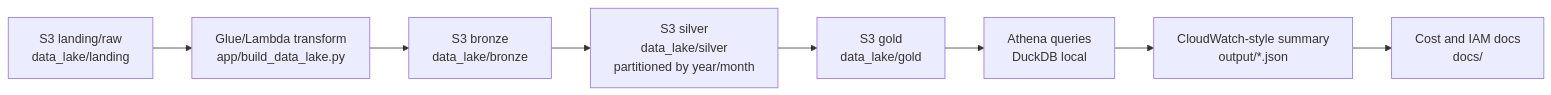
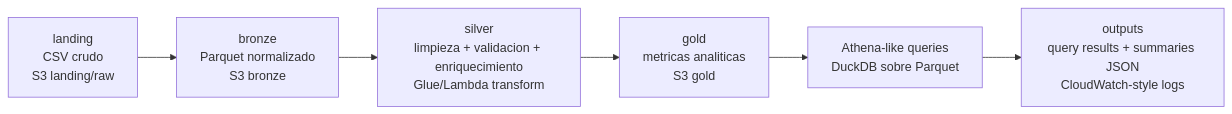
One commit to franciscosalaspla/data-engineering-portfolio changed the diagram in 20-aws-style-banking-data-lake/README.md. Above: the diagram before and after it, drawn with Mermaid. The commit also changed other lines of this file, not shown here.

````diff
--- a/20-aws-style-banking-data-lake/README.md
+++ b/20-aws-style-banking-data-lake/README.md
@@ -50,10 +26,8 @@
 ```mermaid
 flowchart LR
-    A["S3 landing/raw<br/>data_lake/landing"] --> B["Glue/Lambda transform<br/>app/build_data_lake.py"]
-    B --> C["S3 bronze<br/>data_lake/bronze"]
-    C --> D["S3 silver<br/>data_lake/silver<br/>partitioned by year/month"]
-    D --> E["S3 gold<br/>data_lake/gold"]
-    E --> F["Athena queries<br/>DuckDB local"]
-    F --> G["CloudWatch-style summary<br/>output/*.json"]
-    G --> H["Cost and IAM docs<br/>docs/"]
+    A["landing<br/>CSV crudo<br/>S3 landing/raw"] --> B["bronze<br/>Parquet normalizado<br/>S3 bronze"]
+    B --> C["silver<br/>limpieza + validacion + enriquecimiento<br/>Glue/Lambda transform"]
+    C --> D["gold<br/>metricas analiticas<br/>S3 gold"]
+    D --> E["Athena-like queries<br/>DuckDB sobre Parquet"]
+    E --> F["outputs<br/>query results + summaries JSON<br/>CloudWatch-style logs"]
 ```
````
